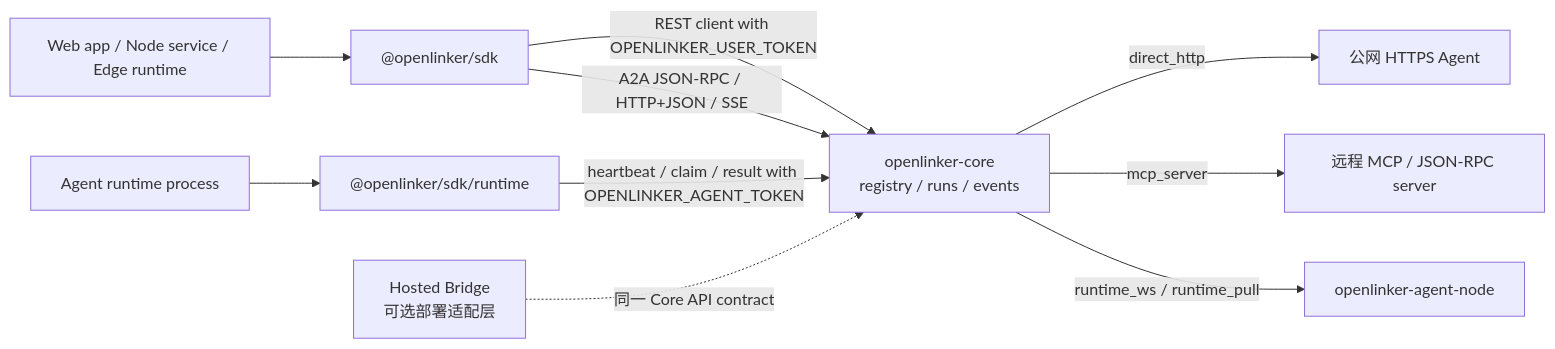
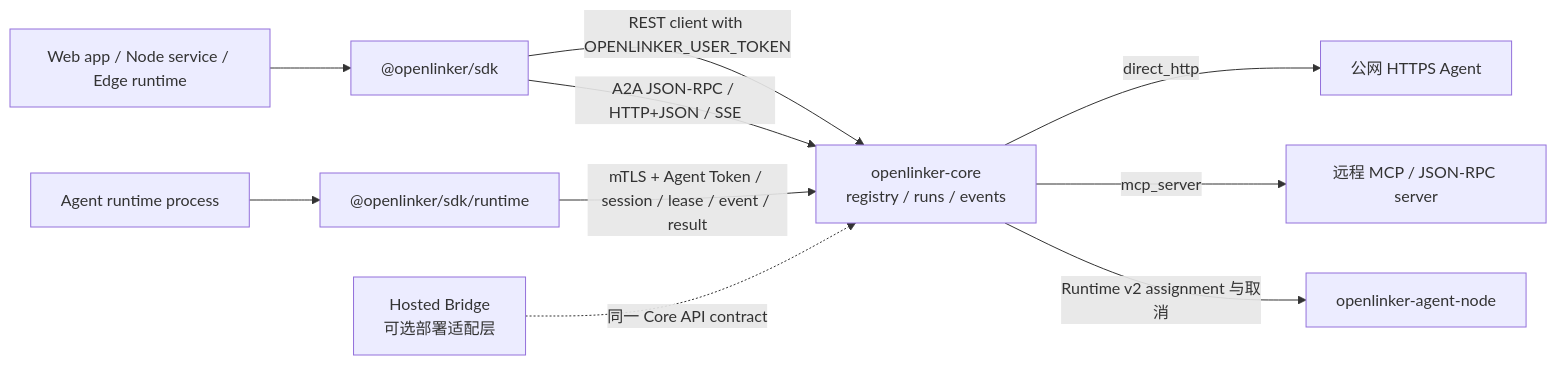
The diagram in README.zh-CN.md (OpenLinker-ai/openlinker-js), drawn with Mermaid before and after one commit. The commit also changed other lines of this file and 1 other file, not shown here.

Commit message:
docs(runtime): describe the v2 control plane

````diff
--- a/README.zh-CN.md
+++ b/README.zh-CN.md
@@ -24,14 +24,14 @@
 ```mermaid
 flowchart LR
   App["Web app / Node service / Edge runtime"] --> ClientSDK["@openlinker/sdk"]
   ClientSDK -->|"REST client with OPENLINKER_USER_TOKEN"| Core["openlinker-core<br/>registry / runs / events"]
   ClientSDK -->|"A2A JSON-RPC / HTTP+JSON / SSE"| Core
   Runtime["Agent runtime process"] --> RuntimeSDK["@openlinker/sdk/runtime"]
-  RuntimeSDK -->|"heartbeat / claim / result with OPENLINKER_AGENT_TOKEN"| Core
+  RuntimeSDK -->|"mTLS + Agent Token / session / lease / event / result"| Core
 
   HostedBridge["Hosted Bridge<br/>可选部署适配层"] -.->|"同一 Core API contract"| Core
 
   Core -->|"direct_http"| HTTPAgent["公网 HTTPS Agent"]
   Core -->|"mcp_server"| MCPAgent["远程 MCP / JSON-RPC server"]
-  Core -->|"runtime_ws / runtime_pull"| AgentNode["openlinker-agent-node"]
+  Core -->|"Runtime v2 assignment 与取消"| AgentNode["openlinker-agent-node"]
 ```
````
